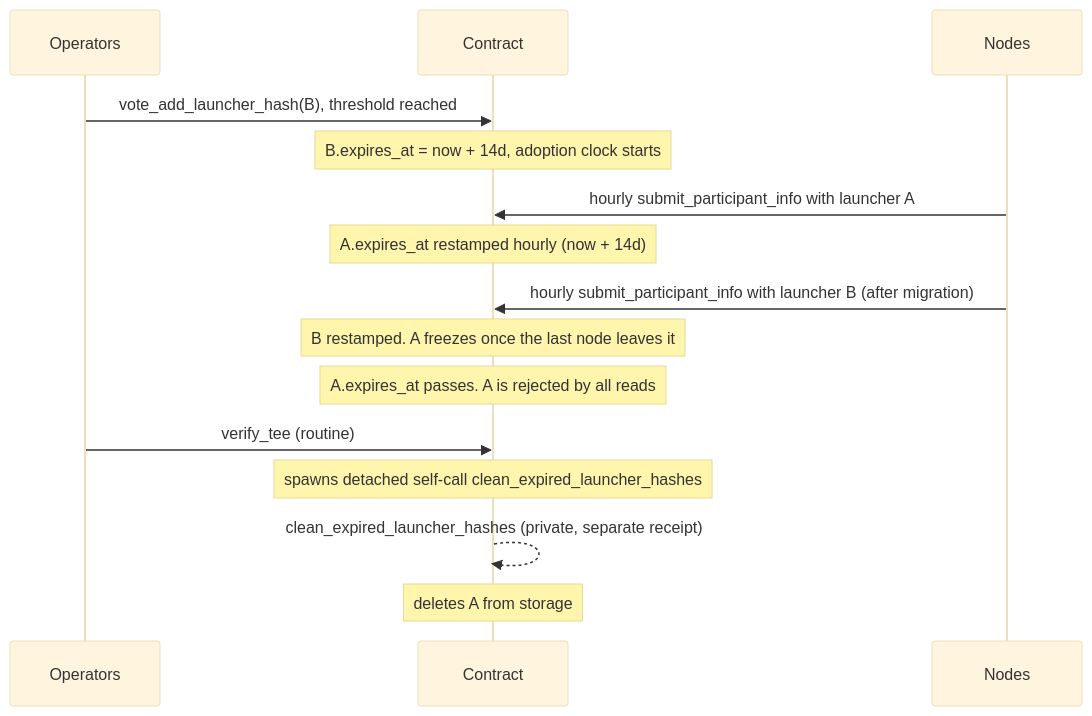
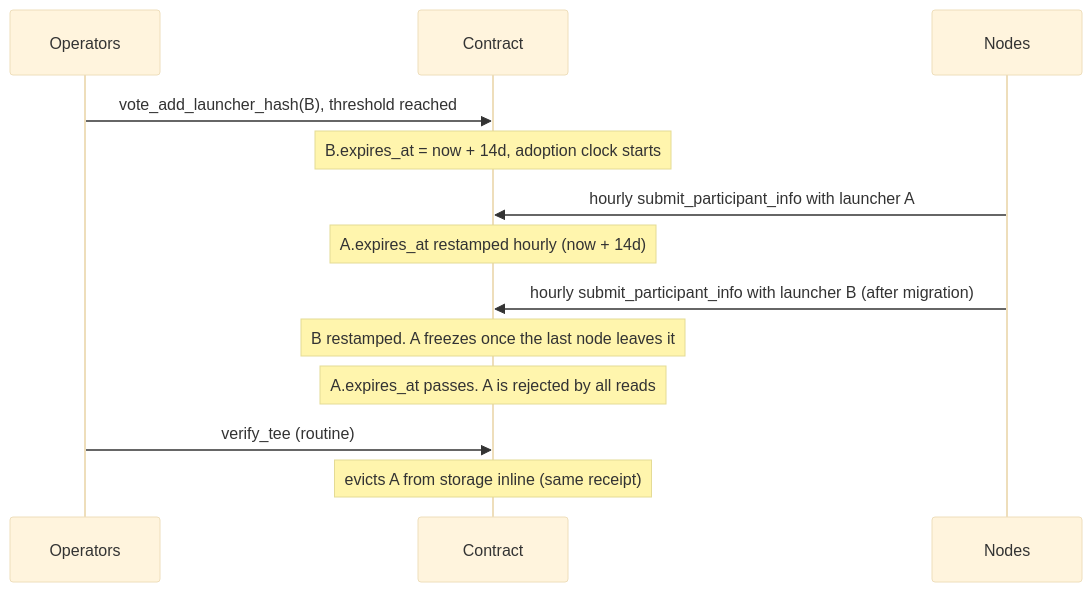
The diagram in docs/design/auto-remove-launcher-hashes-design.md (near/mpc), drawn with Mermaid (base theme) before and after one commit. The commit also changed other lines of this file and 13 other files, not shown here.

First line of the commit message:
refactor(contract): evict expired launcher hashes inline, drop the promise

````diff
--- a/docs/design/auto-remove-launcher-hashes-design.md
+++ b/docs/design/auto-remove-launcher-hashes-design.md
@@ -100,18 +94,16 @@
 ```mermaid
 sequenceDiagram
     participant Ops as Operators
     participant C as Contract
     participant N as Nodes
 
     Ops->>C: vote_add_launcher_hash(B), threshold reached
     Note over C: B.expires_at = now + 14d, adoption clock starts
     N->>C: hourly submit_participant_info with launcher A
     Note over C: A.expires_at restamped hourly (now + 14d)
     N->>C: hourly submit_participant_info with launcher B (after migration)
     Note over C: B restamped. A freezes once the last node leaves it
     Note over C: A.expires_at passes. A is rejected by all reads
     Ops->>C: verify_tee (routine)
-    Note over C: spawns detached self-call clean_expired_launcher_hashes
-    C-->>C: clean_expired_launcher_hashes (private, separate receipt)
-    Note over C: deletes A from storage
+    Note over C: evicts A from storage inline (same receipt)
 ```
````
